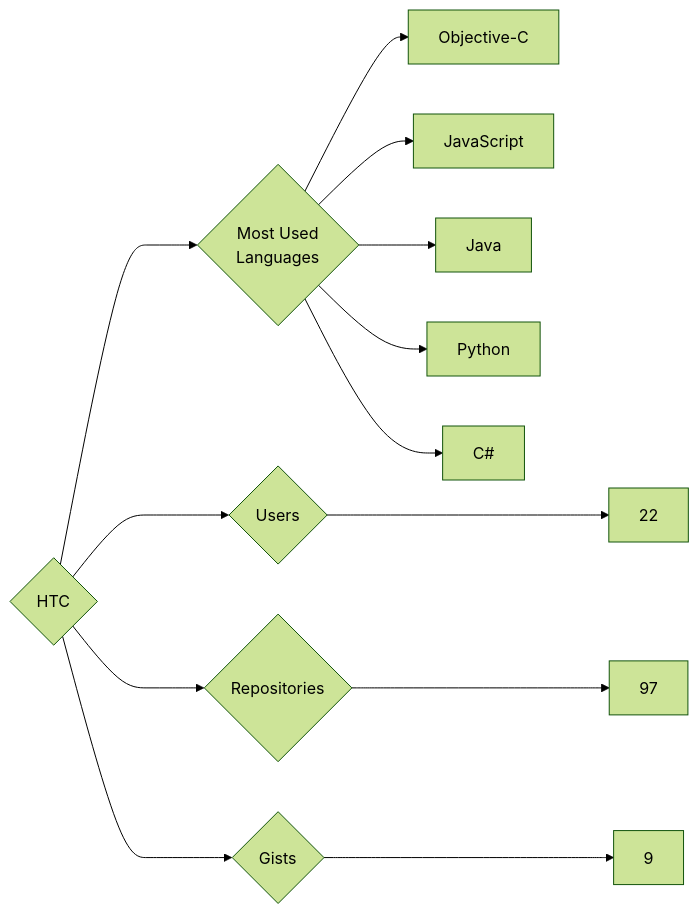
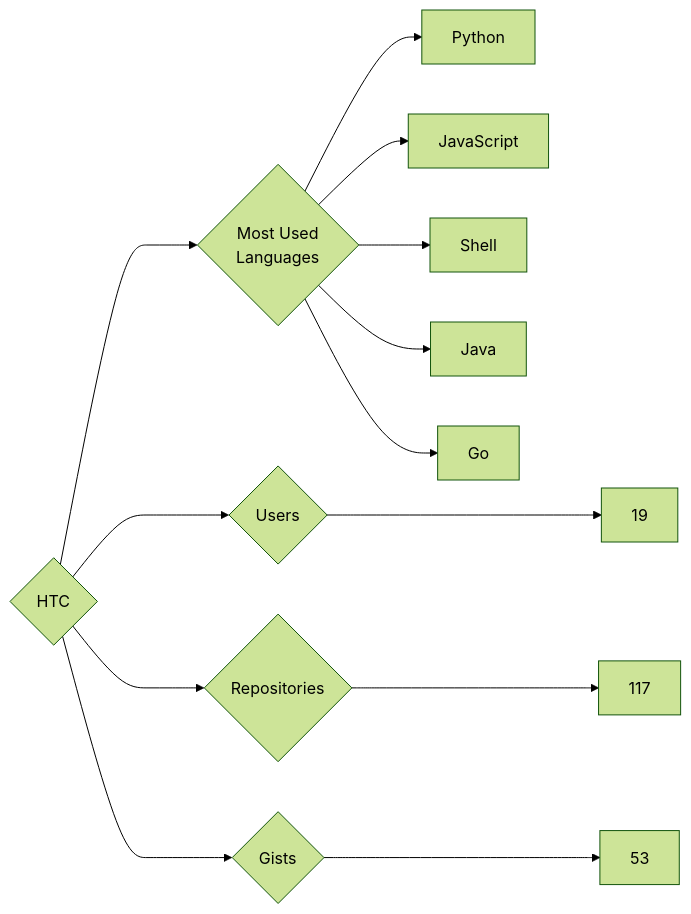
The diagram in targets/HTC/README.md (trickest/insiders), drawn with Mermaid (forest theme) before and after one commit. The commit also changed 838 other files, not shown here.

````diff
--- a/targets/HTC/README.md
+++ b/targets/HTC/README.md
@@ -3,13 +3,13 @@
 ```mermaid
 graph LR
 COMPANY_NAME{HTC}
-COMPANY_NAME ---> U{Users} ---> UN[22]
-COMPANY_NAME ---> R{Repositories} ---> RN[97]
-COMPANY_NAME ---> G{Gists} ---> GN[9]
+COMPANY_NAME ---> U{Users} ---> UN[19]
+COMPANY_NAME ---> R{Repositories} ---> RN[117]
+COMPANY_NAME ---> G{Gists} ---> GN[53]
 COMPANY_NAME ---> ML{Most Used<br>Languages}
-ML --> Objective-C[Objective-C]
+ML --> Python[Python]
 ML --> JavaScript[JavaScript]
+ML --> Shell[Shell]
 ML --> Java[Java]
-ML --> Python[Python]
-ML --> C#[C#]
+ML --> Go[Go]
 ```
````
